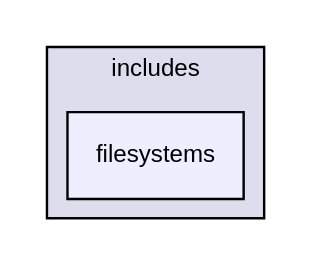
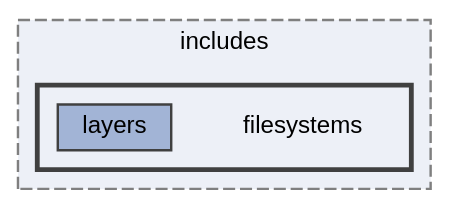
One commit to Frost-Wing/doxygen-docs changed the diagram in dir_3852ad177b5f254bda380b9f1db91cef_dep.dot. Above: the diagram before and after it, drawn with Graphviz. The commit also changed 1093 other files, not shown here.

```diff
--- a/dir_3852ad177b5f254bda380b9f1db91cef_dep.dot
+++ b/dir_3852ad177b5f254bda380b9f1db91cef_dep.dot
@@ -1,9 +1,16 @@
-digraph "source/includes/filesystems" {
+digraph "source/includes/filesystems"
+{
+ // LATEX_PDF_SIZE
+  bgcolor="transparent";
+  edge [fontname=Helvetica,fontsize=10,labelfontname=Helvetica,labelfontsize=10];
+  node [fontname=Helvetica,fontsize=10,shape=box,height=0.2,width=0.4];
   compound=true
-  node [ fontsize="10", fontname="Helvetica"];
-  edge [ labelfontsize="10", labelfontname="Helvetica"];
   subgraph clusterdir_c9f89f587e7e777be723ee48a3df5844 {
-    graph [ bgcolor="#ddddee", pencolor="black", label="includes" fontname="Helvetica", fontsize="10", URL="dir_c9f89f587e7e777be723ee48a3df5844.html"]
-  dir_3852ad177b5f254bda380b9f1db91cef [shape=box, label="filesystems", style="filled", fillcolor="#eeeeff", pencolor="black", URL="dir_3852ad177b5f254bda380b9f1db91cef.html"];
+    graph [ bgcolor="#edf0f7", pencolor="grey50", label="includes", fontname=Helvetica,fontsize=10 style="filled,dashed", URL="dir_c9f89f587e7e777be723ee48a3df5844.html",tooltip=""]
+  subgraph clusterdir_3852ad177b5f254bda380b9f1db91cef {
+    graph [ bgcolor="#edf0f7", pencolor="grey25", label="", fontname=Helvetica,fontsize=10 style="filled,bold", URL="dir_3852ad177b5f254bda380b9f1db91cef.html",tooltip=""]
+    dir_3852ad177b5f254bda380b9f1db91cef [shape=plaintext, label="filesystems"];
+  dir_792614a543136e5e87ff492ae03fd790 [label="layers", fillcolor="#a2b4d6", color="grey25", style="filled", URL="dir_792614a543136e5e87ff492ae03fd790.html",tooltip=""];
+  }
   }
 }
```
